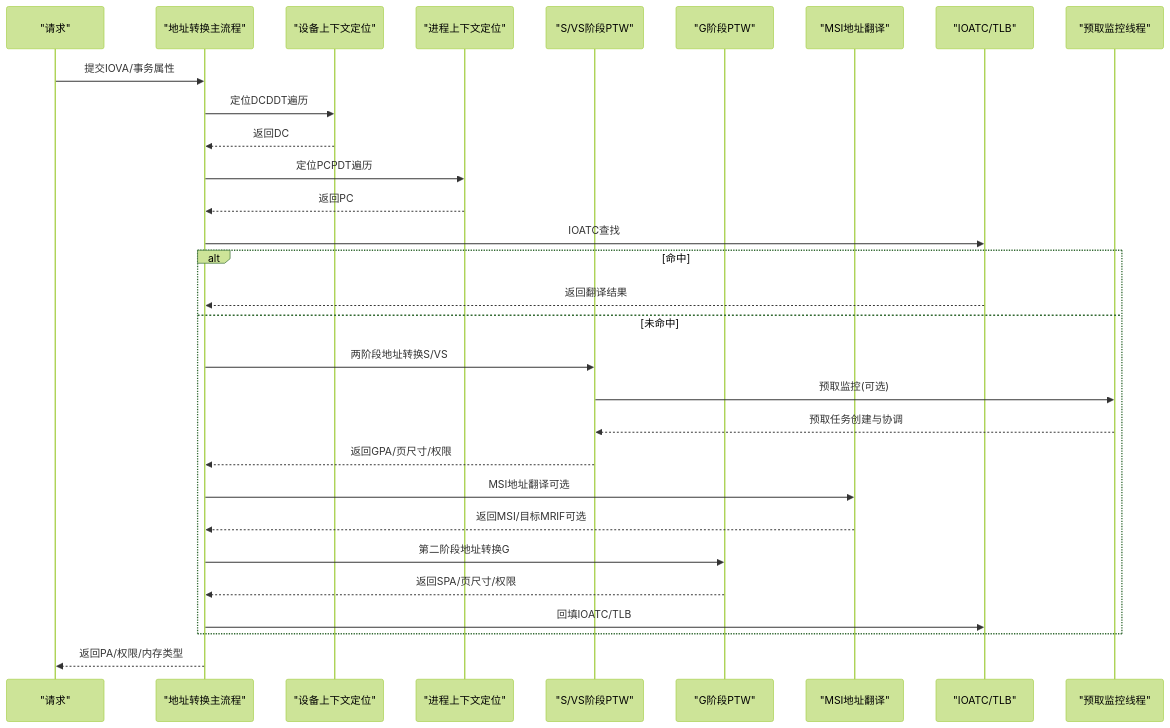
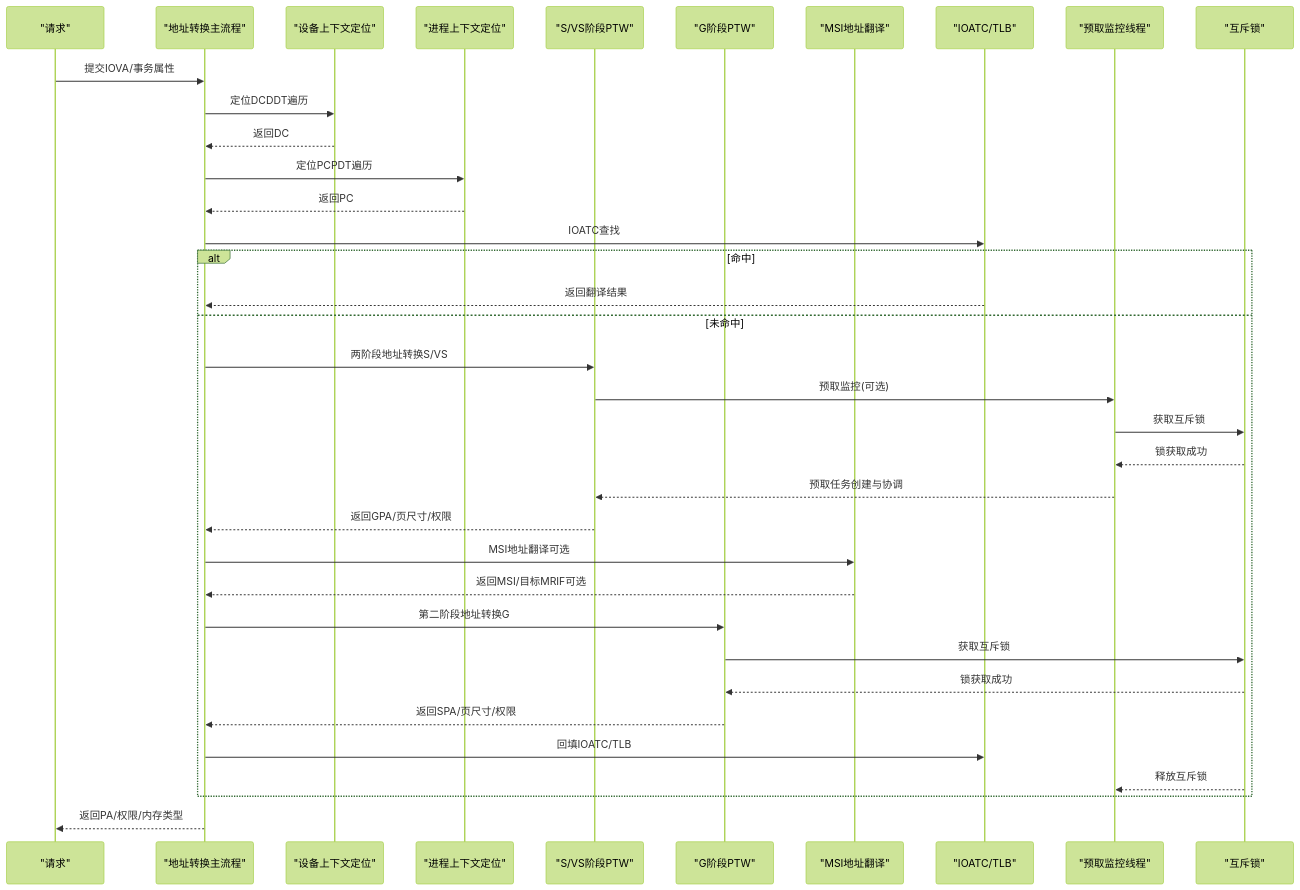
One commit to jiangjiang1122/iommu_model_20260401_v1 changed the second of 8 diagrams in .qoder/repowiki/zh/content/流水线设计/地址转换阶段.md. Above: the diagram before and after it, drawn with Mermaid (forest theme). The commit also changed other lines of this file and 186 other files, not shown here.

````diff
--- a/.qoder/repowiki/zh/content/流水线设计/地址转换阶段.md
+++ b/.qoder/repowiki/zh/content/流水线设计/地址转换阶段.md
@@ -159,32 +169,38 @@
 ```mermaid
 sequenceDiagram
 participant Req as "请求"
 participant Trans as "地址转换主流程"
 participant DC as "设备上下文定位"
 participant PC as "进程上下文定位"
 participant PTW as "S/VS阶段PTW"
 participant GPTW as "G阶段PTW"
 participant MSI as "MSI地址翻译"
 participant TLB as "IOATC/TLB"
 participant PF as "预取监控线程"
+participant Mutex as "互斥锁"
 Req->>Trans : 提交IOVA/事务属性
 Trans->>DC : 定位DCDDT遍历
 DC-->>Trans : 返回DC
 Trans->>PC : 定位PCPDT遍历
 PC-->>Trans : 返回PC
 Trans->>TLB : IOATC查找
 alt 命中
 TLB-->>Trans : 返回翻译结果
 else 未命中
 Trans->>PTW : 两阶段地址转换S/VS
 PTW->>PF : 预取监控(可选)
+PF->>Mutex : 获取互斥锁
+Mutex-->>PF : 锁获取成功
 PF-->>PTW : 预取任务创建与协调
 PTW-->>Trans : 返回GPA/页尺寸/权限
 Trans->>MSI : MSI地址翻译可选
 MSI-->>Trans : 返回MSI/目标MRIF可选
 Trans->>GPTW : 第二阶段地址转换G
+GPTW->>Mutex : 获取互斥锁
+Mutex-->>GPTW : 锁获取成功
 GPTW-->>Trans : 返回SPA/页尺寸/权限
 Trans->>TLB : 回填IOATC/TLB
+Mutex-->>PF : 释放互斥锁
 end
 Trans-->>Req : 返回PA/权限/内存类型
 ```
````
